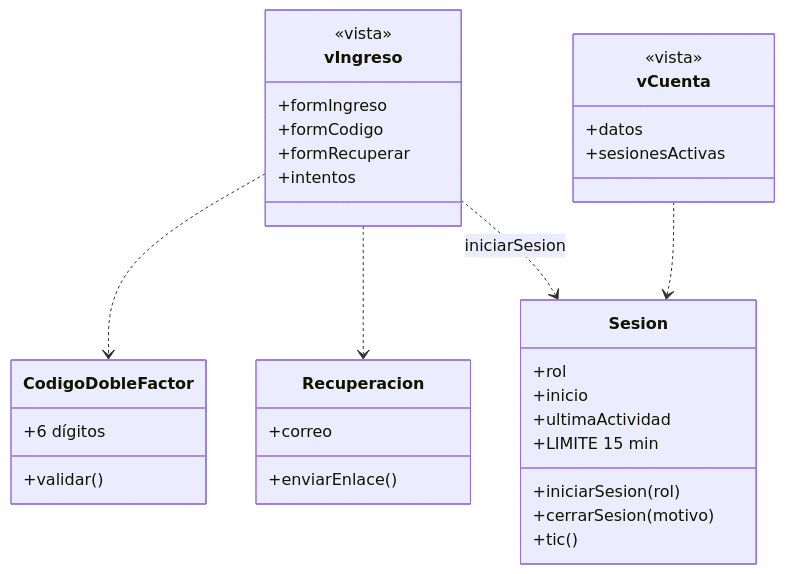
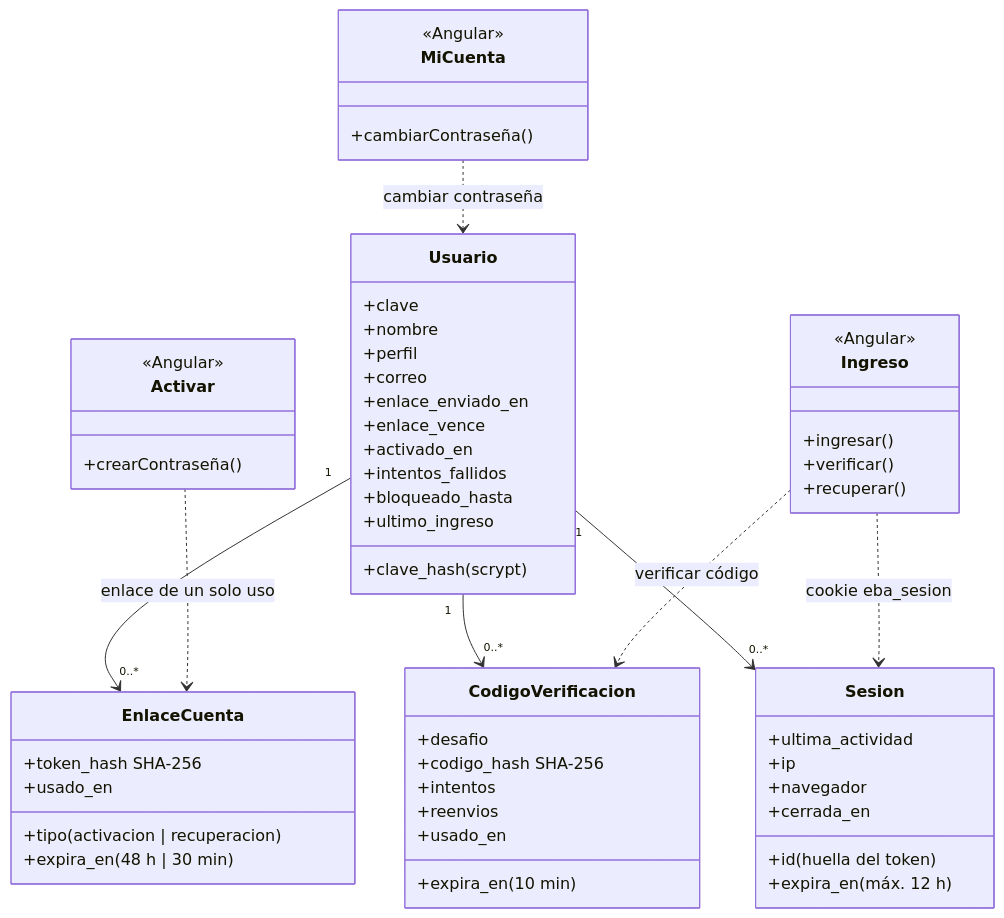
The diagram in codigo/docs/uml/fuentes/cls_2_autenticacion.mmd (luisalejandroavilacastillo-stack/EBA_Cuac_Cuac), drawn with Mermaid before and after one commit. The commit also changed 388 other files, not shown here.

```diff
--- a/codigo/docs/uml/fuentes/cls_2_autenticacion.mmd
+++ b/codigo/docs/uml/fuentes/cls_2_autenticacion.mmd
@@ -1,35 +1,58 @@
-%% Vista 2 · Autenticación y sesión (RF01, RF04)
+%% Vista 2 · Autenticación y sesión · plataforma 1.0 (RF01, RF04; tablas de 004_ingreso_real.sql)
 classDiagram
+  class Usuario {
+    +clave
+    +nombre
+    +perfil
+    +correo
+    +clave_hash (scrypt)
+    +enlace_enviado_en
+    +enlace_vence
+    +activado_en
+    +intentos_fallidos
+    +bloqueado_hasta
+    +ultimo_ingreso
+  }
+  class EnlaceCuenta {
+    +token_hash SHA-256
+    +tipo (activacion | recuperacion)
+    +expira_en (48 h | 30 min)
+    +usado_en
+  }
+  class CodigoVerificacion {
+    +desafio
+    +codigo_hash SHA-256
+    +expira_en (10 min)
+    +intentos
+    +reenvios
+    +usado_en
+  }
   class Sesion {
-    +rol
-    +inicio
-    +ultimaActividad
-    +LIMITE 15 min
-    +iniciarSesion(rol)
-    +cerrarSesion(motivo)
-    +tic()
+    +id (huella del token)
+    +ultima_actividad
+    +expira_en (máx. 12 h)
+    +ip
+    +navegador
+    +cerrada_en
   }
-  class vIngreso {
-    <<vista>>
-    +formIngreso
-    +formCodigo
-    +formRecuperar
-    +intentos
+  class Ingreso {
+    <<Angular>>
+    +ingresar()
+    +verificar()
+    +recuperar()
   }
-  class CodigoDobleFactor {
-    +6 dígitos
-    +validar()
+  class Activar {
+    <<Angular>>
+    +crearContraseña()
   }
-  class Recuperacion {
-    +correo
-    +enviarEnlace()
+  class MiCuenta {
+    <<Angular>>
+    +cambiarContraseña()
   }
-  class vCuenta {
-    <<vista>>
-    +datos
-    +sesionesActivas
-  }
-  vIngreso ..> CodigoDobleFactor
-  vIngreso ..> Recuperacion
-  vIngreso ..> Sesion : iniciarSesion
-  vCuenta ..> Sesion
+  Usuario "1" --> "0..*" EnlaceCuenta
+  Usuario "1" --> "0..*" CodigoVerificacion
+  Usuario "1" --> "0..*" Sesion
+  Ingreso ..> CodigoVerificacion : verificar código
+  Ingreso ..> Sesion : cookie eba_sesion
+  Activar ..> EnlaceCuenta : enlace de un solo uso
+  MiCuenta ..> Usuario : cambiar contraseña
```
